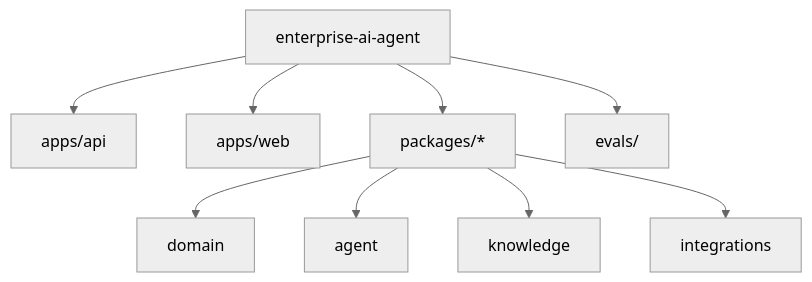
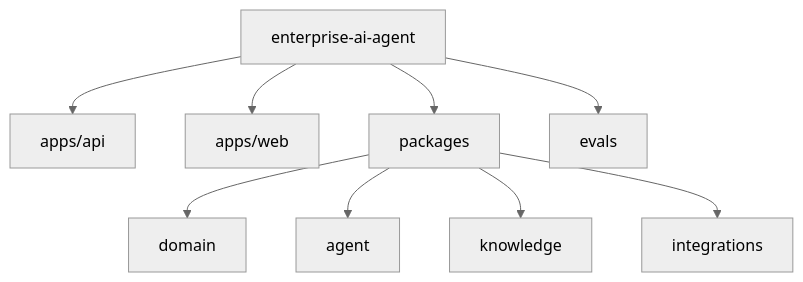
One commit to nikhilmaguwala/enterprise-ai-agent changed the sixth of 9 diagrams in README.md. Above: the diagram before and after it, drawn with Mermaid (neutral theme). The commit also changed other lines of this file, not shown here.

First line of the commit message:
Fix README Mermaid syntax errors on GitHub rendering.

````diff
--- a/README.md
+++ b/README.md
@@ -267,12 +271,12 @@
 ```mermaid
 flowchart TB
   R[enterprise-ai-agent]
   R --> API[apps/api]
   R --> WEB[apps/web]
-  R --> PKG[packages/*]
-  R --> EV[evals/]
+  R --> PKG[packages]
+  R --> EV[evals]
   PKG --> DOM[domain]
   PKG --> AGT[agent]
   PKG --> KNO[knowledge]
   PKG --> INT[integrations]
 ```
````
